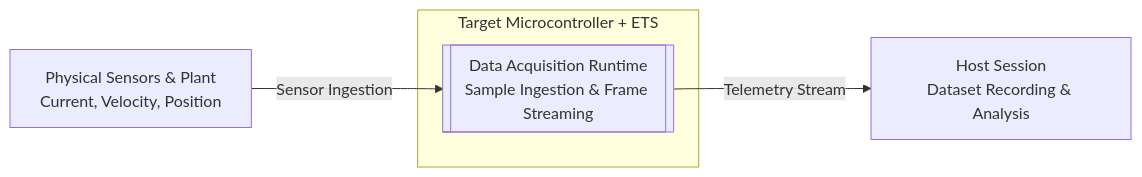
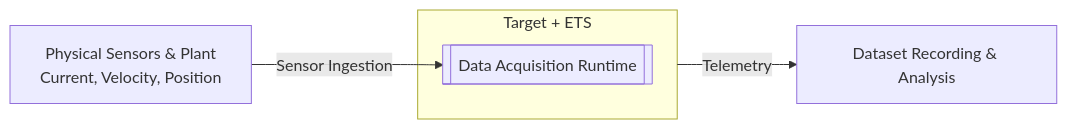
One commit to Dyse-Industries/control-rs changed the seventh of 8 diagrams in documentation/ets/ConOps.md. Above: the diagram before and after it, drawn with Mermaid. The commit also changed other lines of this file and 4 other files, not shown here.

````diff
--- a/documentation/ets/ConOps.md
+++ b/documentation/ets/ConOps.md
@@ -164,12 +164,12 @@
 ```mermaid
 flowchart LR
     PLANT["Physical Sensors & Plant<br/>Current, Velocity, Position"]
 
-    subgraph MCU ["Target Microcontroller + ETS"]
-        DAQ[["Data Acquisition Runtime<br/>Sample Ingestion & Frame Streaming"]]
+    subgraph MCU ["Target + ETS"]
+        DAQ[["Data Acquisition Runtime"]]
     end
 
-    HOST["Host Session<br/>Dataset Recording & Analysis"]
+    HOST["Dataset Recording & Analysis"]
     PLANT -->|" Sensor Ingestion "| DAQ
-    DAQ -->|" Telemetry Stream "| HOST
+    MCU -->|" Telemetry "| HOST
 ```
````
